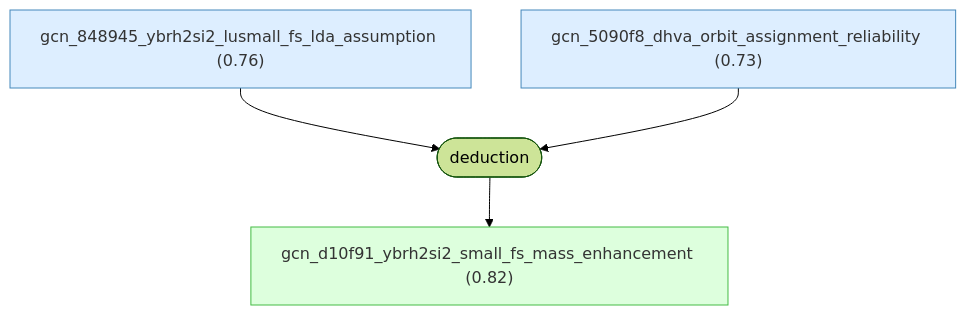
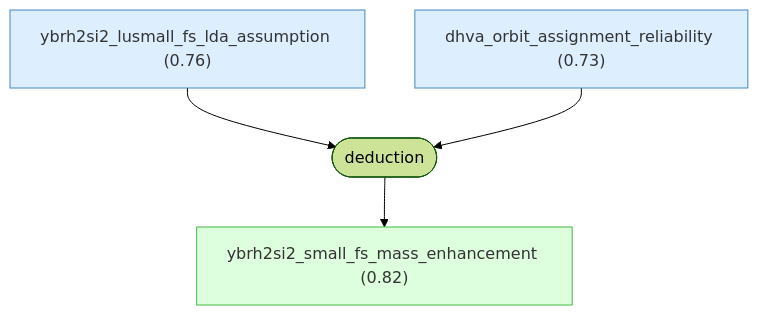
One commit to Callo42/fermi-liquid-effective-mass-gaia changed diagram 11 of 13 in docs/detailed-reasoning.md. Above: the diagram before and after it, drawn with Mermaid (forest theme). The commit also changed other lines of this file and 33 other files, not shown here.

````diff
--- a/docs/detailed-reasoning.md
+++ b/docs/detailed-reasoning.md
@@ -1108,20 +1108,20 @@
 ```mermaid
 graph TD
-    gcn_848945_ybrh2si2_lusmall_fs_lda_assumption["gcn_848945_ybrh2si2_lusmall_fs_lda_assumption (0.76)"]:::premise
-    gcn_5090f8_dhva_orbit_assignment_reliability["gcn_5090f8_dhva_orbit_assignment_reliability (0.73)"]:::premise
-    gcn_d10f91_ybrh2si2_small_fs_mass_enhancement["gcn_d10f91_ybrh2si2_small_fs_mass_enhancement (0.82)"]:::derived
+    ybrh2si2_lusmall_fs_lda_assumption["ybrh2si2_lusmall_fs_lda_assumption (0.76)"]:::premise
+    dhva_orbit_assignment_reliability["dhva_orbit_assignment_reliability (0.73)"]:::premise
+    ybrh2si2_small_fs_mass_enhancement["ybrh2si2_small_fs_mass_enhancement (0.82)"]:::derived
     strat_17(["deduction"])
-    gcn_848945_ybrh2si2_lusmall_fs_lda_assumption --> strat_17
-    gcn_5090f8_dhva_orbit_assignment_reliability --> strat_17
-    strat_17 --> gcn_d10f91_ybrh2si2_small_fs_mass_enhancement
+    ybrh2si2_lusmall_fs_lda_assumption --> strat_17
+    dhva_orbit_assignment_reliability --> strat_17
+    strat_17 --> ybrh2si2_small_fs_mass_enhancement
 
     classDef setting fill:#f0f0f0,stroke:#999,color:#333
     classDef premise fill:#ddeeff,stroke:#4488bb,color:#333
     classDef derived fill:#ddffdd,stroke:#44bb44,color:#333
     classDef question fill:#fff3dd,stroke:#cc9944,color:#333
     classDef background fill:#f5f5f5,stroke:#bbb,stroke-dasharray: 5 5,color:#333
     classDef orphan fill:#fff,stroke:#ccc,stroke-dasharray: 5 5,color:#333
     classDef external fill:#fff,stroke:#aaa,stroke-dasharray: 3 3,color:#333
     classDef weak fill:#fff9c4,stroke:#f9a825,stroke-dasharray: 5 5,color:#333
     classDef contra fill:#ffebee,stroke:#c62828,color:#333
 ```
````
